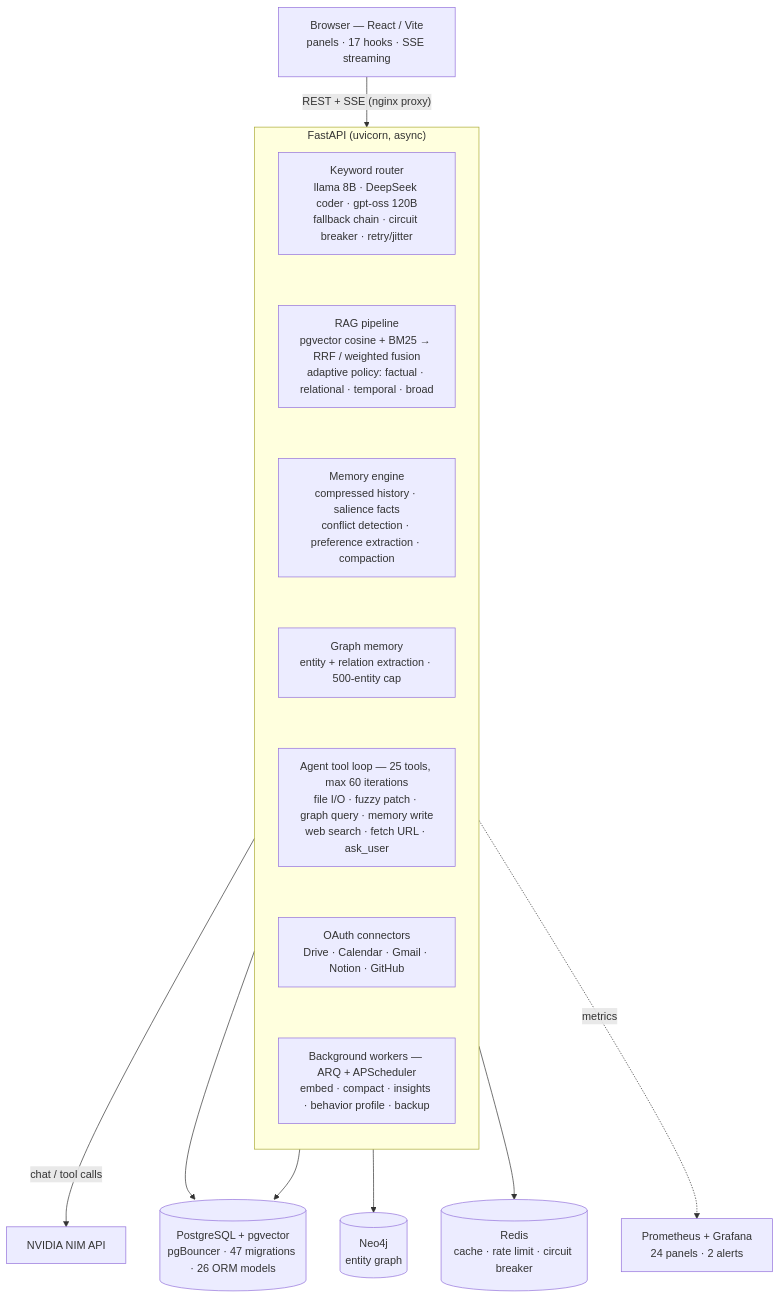
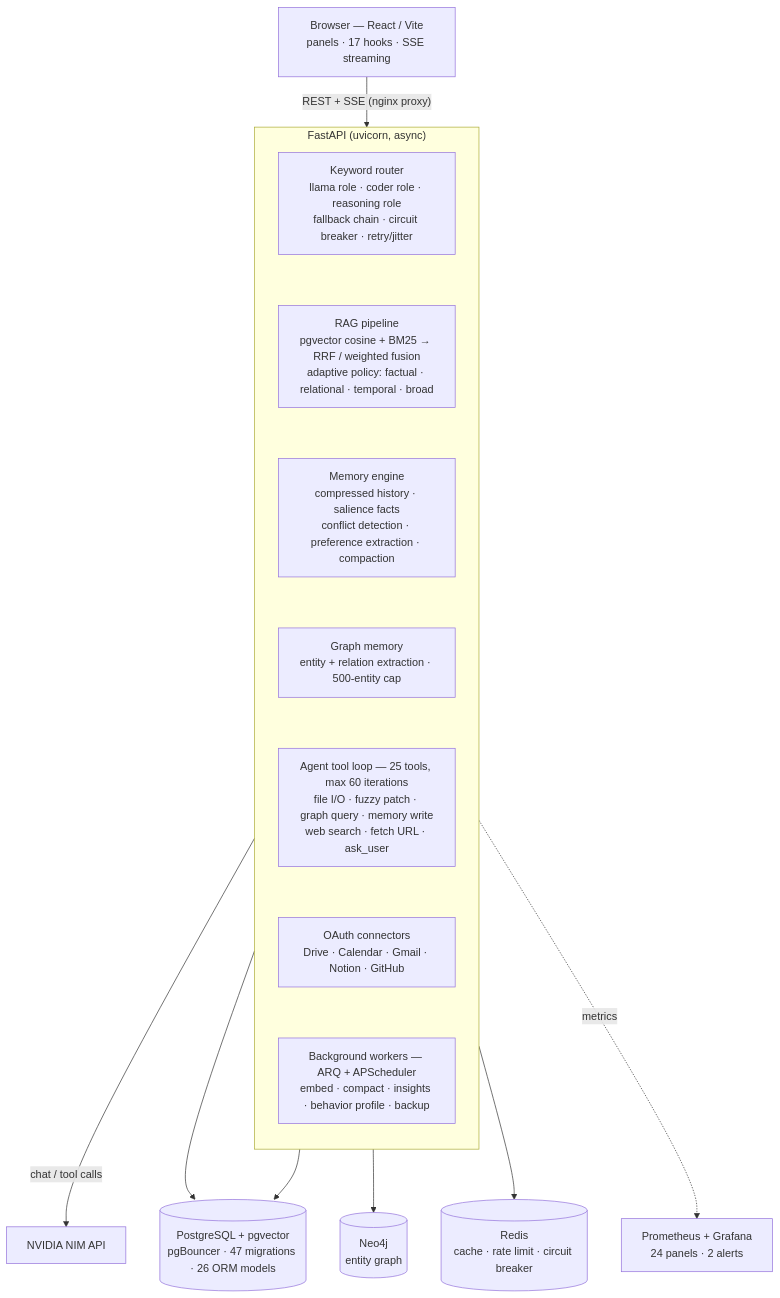
One commit to ymr-gif/eidetic changed the diagram in README.md. Above: the diagram before and after it, drawn with Mermaid. The commit also changed other lines of this file and 90 other files, not shown here.

````diff
--- a/README.md
+++ b/README.md
@@ -37,24 +37,24 @@
 ```mermaid
 flowchart TB
     Browser["Browser — React / Vite<br/>panels · 17 hooks · SSE streaming"]
     Browser -->|"REST + SSE (nginx proxy)"| Router
 
     subgraph API["FastAPI (uvicorn, async)"]
         direction TB
-        Router["Keyword router<br/>llama 8B · DeepSeek coder · gpt-oss 120B<br/>fallback chain · circuit breaker · retry/jitter"]
+        Router["Keyword router<br/>llama role · coder role · reasoning role<br/>fallback chain · circuit breaker · retry/jitter"]
         RAG["RAG pipeline<br/>pgvector cosine + BM25 → RRF / weighted fusion<br/>adaptive policy: factual · relational · temporal · broad"]
         Memory["Memory engine<br/>compressed history · salience facts<br/>conflict detection · preference extraction · compaction"]
         GraphMem["Graph memory<br/>entity + relation extraction · 500-entity cap"]
         Tools["Agent tool loop — 25 tools, max 60 iterations<br/>file I/O · fuzzy patch · graph query · memory write<br/>web search · fetch URL · ask_user"]
         Connectors["OAuth connectors<br/>Drive · Calendar · Gmail · Notion · GitHub"]
         Background["Background workers — ARQ + APScheduler<br/>embed · compact · insights · behavior profile · backup"]
         Router ~~~ RAG ~~~ Memory ~~~ GraphMem ~~~ Tools ~~~ Connectors ~~~ Background
     end
 
     Router -->|"chat / tool calls"| NIM["NVIDIA NIM API"]
     RAG --> PG[("PostgreSQL + pgvector<br/>pgBouncer · 47 migrations · 26 ORM models")]
     Memory --> PG
     GraphMem --> Neo[("Neo4j<br/>entity graph")]
     Background --> Redis[("Redis<br/>cache · rate limit · circuit breaker")]
     API -.->|"metrics"| Prom["Prometheus + Grafana<br/>24 panels · 2 alerts"]
 ```
````
